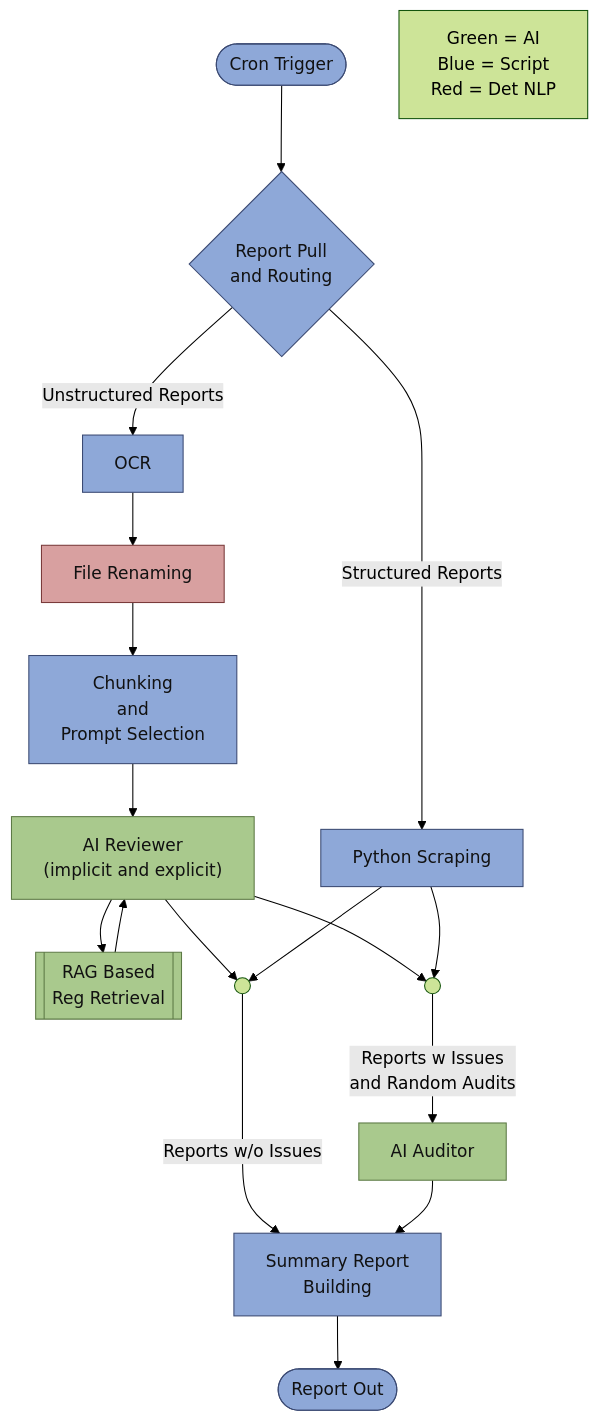
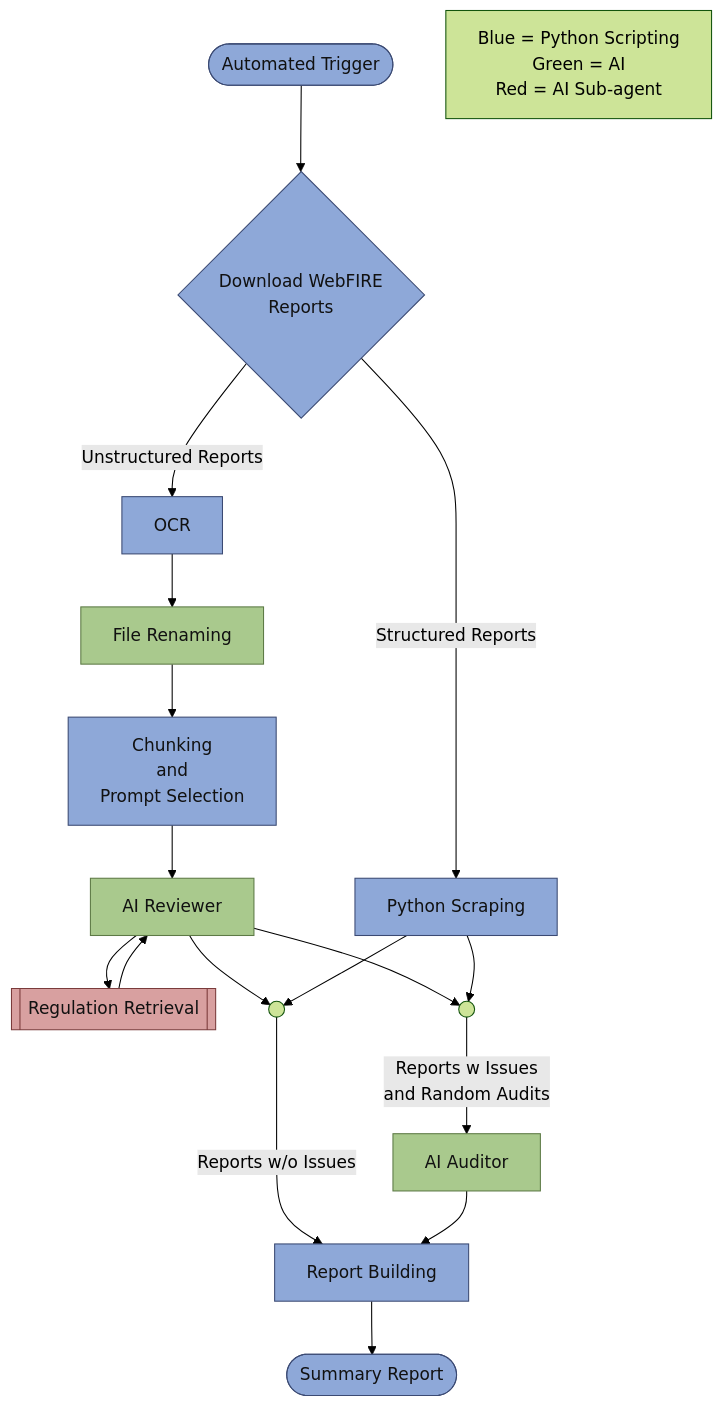
One commit to ChristopherAppier/WebFIRE_Review changed the diagram in docs/flow_charts/full_pipeline_chart.md. Above: the diagram before and after it, drawn with Mermaid (forest theme). The commit also changed 3 other files, not shown here.

Commit message:
Updated flow charts and to do list

````diff
--- a/docs/flow_charts/full_pipeline_chart.md
+++ b/docs/flow_charts/full_pipeline_chart.md
@@ -1,47 +1,47 @@
 ```mermaid
 flowchart TB
 
 	%% Defining the nodes and their labels
-	TGR([Cron Trigger])
-	RPR{Report Pull<br/>and Routing}
+	TGR([Automated Trigger])
+	RPR{Download WebFIRE<br/>Reports}
 	OCR[OCR]
 	FRC[File Renaming]
 	CAP[Chunking<br/>and<br/>Prompt Selection]
-	AIR["AI Reviewer<br/>(implicit and explicit)"]
-	RAG[[RAG Based<br/>Reg Retrieval]]
+	AIR["AI Reviewer"]
+	RAG[[Regulation Retrieval]]
 	JCT1(( ))
 	JCT2(( ))
 	AIA[AI Auditor]
 	PS[Python Scraping]
-	SRB[Summary Report<br/>Building]
-	RO([Report Out])
-	TEXT[Green = AI<br/>Blue = Script<br/>Red = Det NLP]
+	SRB[Report Building]
+	RO([Summary Report])
+	TEXT[Blue = Python Scripting<br/>Green = AI<br/>Red = AI Sub-agent]
 
 	%% Linking the nodes
 	TGR --> RPR
 	RPR -- Unstructured Reports --> OCR
 	OCR --> FRC
 	RPR -- Structured Reports --> PS
 	FRC --> CAP
 	CAP --> AIR
 	AIR --> RAG
 	RAG --> AIR
 	AIR --> JCT2
 	AIR --> JCT1
 	PS --> JCT1
 	JCT1 -- Reports w Issues<br/>and Random Audits --> AIA
 	PS --> JCT2
 	JCT2 -- Reports w/o Issues --> SRB
 	AIA --> SRB
 	SRB --> RO
 
 	%% Create classes for the node colors
 	classDef blue fill:#8EA8D8,stroke:#3B4A73,color:#111,stroke-width:1px;
 	classDef green fill:#A9C98D,stroke:#5D7A46,color:#111,stroke-width:1px;
 	classDef red fill:#D8A0A0,stroke:#7A3B3B,color:#111,stroke-width:1px;
 
 	%% Assigning the nodes to their classes
 	class TGR,RPR,PS,CAP,SRB,RO,OCR blue;
-	class AIR,AIA,RAG green;
-	class FRC red;
+	class FRC,AIR,AIA green;
+	class RAG red;
 ```
````
